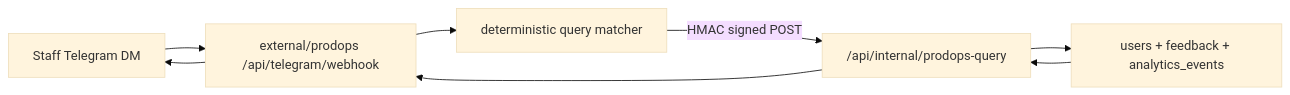
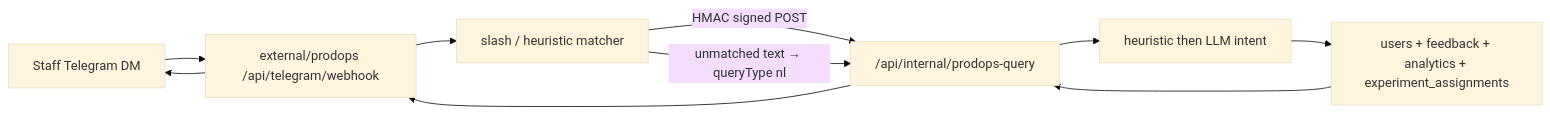
One commit to kyberis/stocktracker changed the third of 4 diagrams in knowledge/design-docs/trefolio-prodops-integration.md. Above: the diagram before and after it, drawn with Mermaid (base theme). The commit also changed other lines of this file and 12 other files, not shown here.

````diff
--- a/knowledge/design-docs/trefolio-prodops-integration.md
+++ b/knowledge/design-docs/trefolio-prodops-integration.md
@@ -82,10 +84,12 @@
 ```mermaid
 flowchart LR
   staffDm["Staff Telegram DM"] --> prodopsWebhook["external/prodops /api/telegram/webhook"]
-  prodopsWebhook --> queryMatch["deterministic query matcher"]
+  prodopsWebhook --> queryMatch["slash / heuristic matcher"]
   queryMatch -->|"HMAC signed POST"| prodopsQuery["/api/internal/prodops-query"]
-  prodopsQuery --> dataReaders["users + feedback + analytics_events"]
+  queryMatch -->|"unmatched text → queryType nl"| prodopsQuery
+  prodopsQuery --> classifier["heuristic then LLM intent"]
+  classifier --> dataReaders["users + feedback + analytics + experiment_assignments"]
   dataReaders --> prodopsQuery
   prodopsQuery --> prodopsWebhook
   prodopsWebhook --> staffDm
 ```
````
